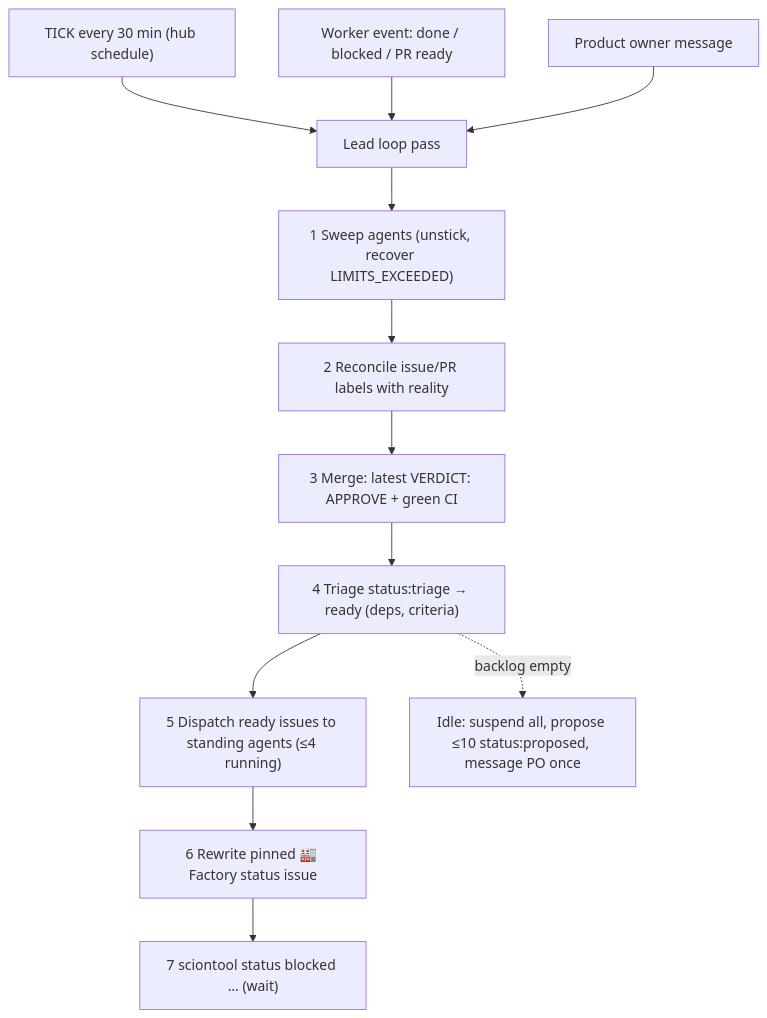
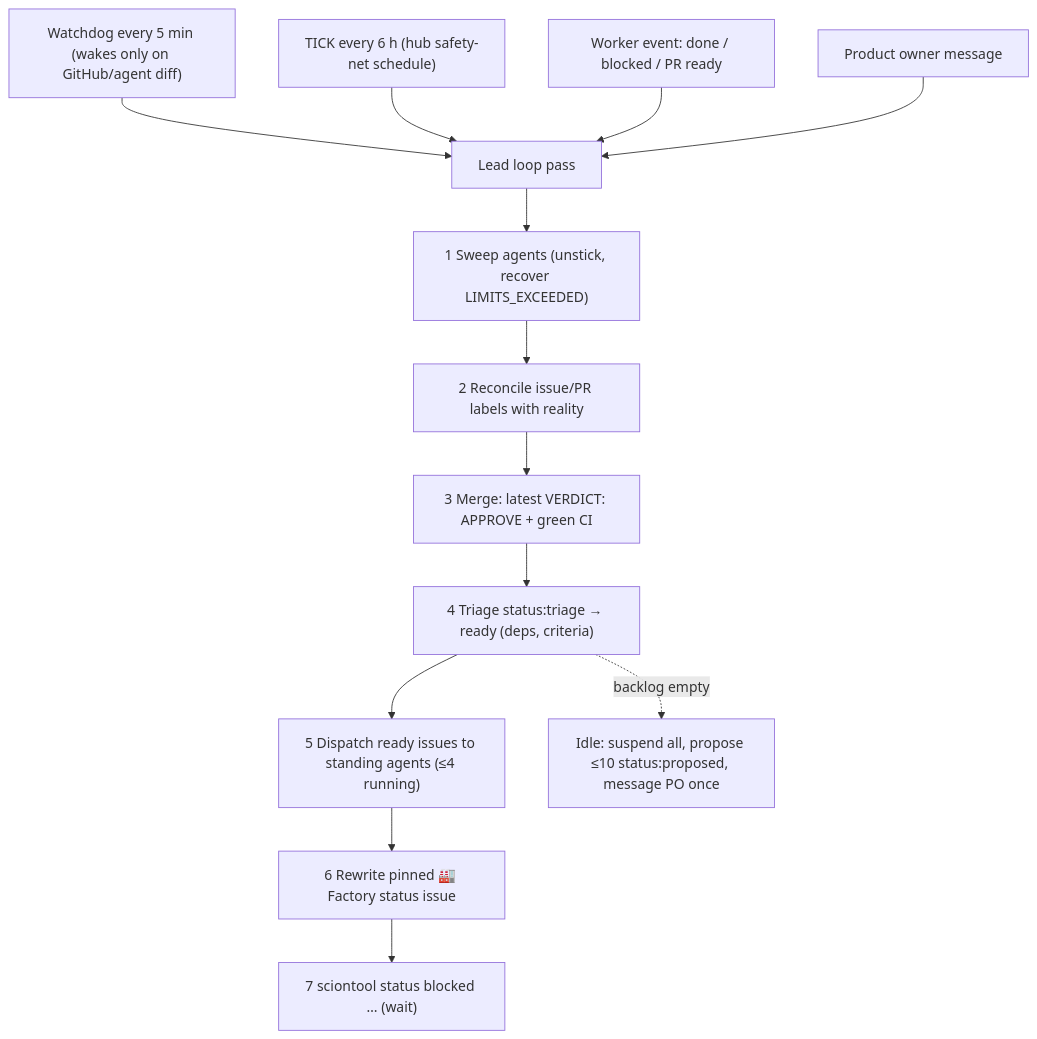
Before and after one commit to duboc/acme-airlines: the diagram in docs/scion/04-operating-model.md, drawn with Mermaid. The commit also changed other lines of this file and 45 other files, not shown here.

Commit message:
feat(infra): audit batch 2 — wake-on-change watchdog, acme-agent SA assign mode, telemetry export, PR size gate, reproducibility hardening

````diff
--- a/docs/scion/04-operating-model.md
+++ b/docs/scion/04-operating-model.md
@@ -3,14 +3,15 @@
 ```mermaid
 flowchart TD
-  tick["TICK every 30 min (hub schedule)"] --> pass
+  wd["Watchdog every 5 min (wakes only on GitHub/agent diff)"] --> pass
+  tick["TICK every 6 h (hub safety-net schedule)"] --> pass
   ev["Worker event: done / blocked / PR ready"] --> pass
   po["Product owner message"] --> pass
   pass["Lead loop pass"] --> s1["1 Sweep agents (unstick, recover LIMITS_EXCEEDED)"]
   s1 --> s2["2 Reconcile issue/PR labels with reality"]
   s2 --> s3["3 Merge: latest VERDICT: APPROVE + green CI"]
   s3 --> s4["4 Triage status:triage → ready (deps, criteria)"]
   s4 --> s5["5 Dispatch ready issues to standing agents (≤4 running)"]
   s5 --> s6["6 Rewrite pinned 🏭 Factory status issue"]
   s6 --> s7["7 sciontool status blocked … (wait)"]
   s4 -. backlog empty .-> idle["Idle: suspend all, propose ≤10 status:proposed, message PO once"]
 ```
````
